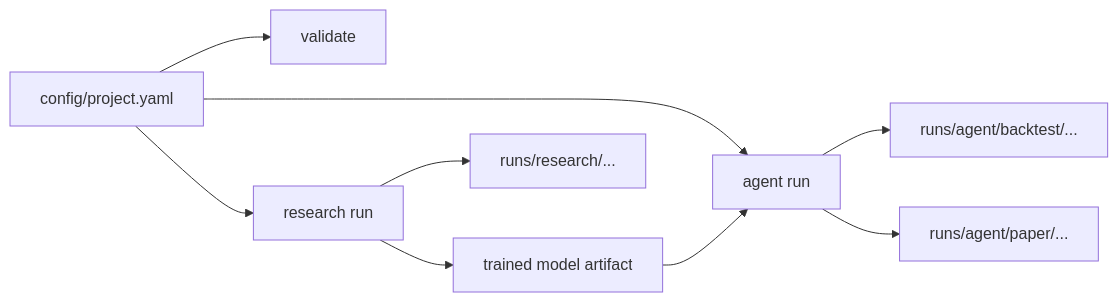
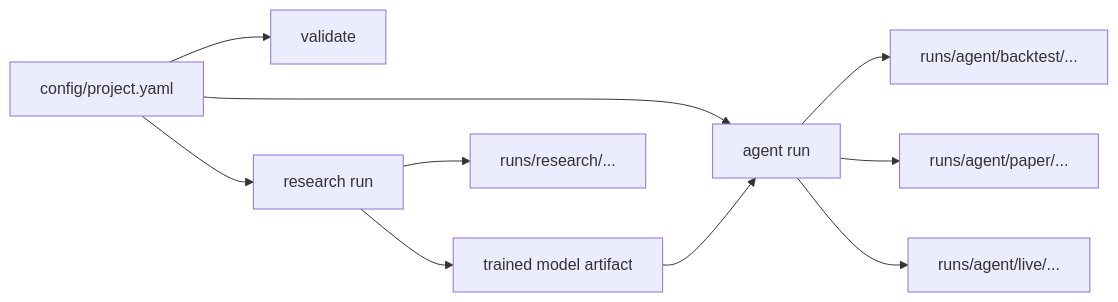
Before and after one commit to AKKI0511/QuantTradeAI: the diagram in README.md, drawn with Mermaid. The commit also changed other lines of this file and 21 other files, not shown here.

Commit message:
Add canonical live agent workflow

````diff
--- a/README.md
+++ b/README.md
@@ -42,11 +42,12 @@
 ```mermaid
 flowchart LR
     A["config/project.yaml"] --> B["validate"]
     A --> C["research run"]
     A --> D["agent run"]
     C --> E["trained model artifact"]
     E --> D
     C --> F["runs/research/..."]
     D --> G["runs/agent/backtest/..."]
     D --> H["runs/agent/paper/..."]
+    D --> I["runs/agent/live/..."]
 ```
````
